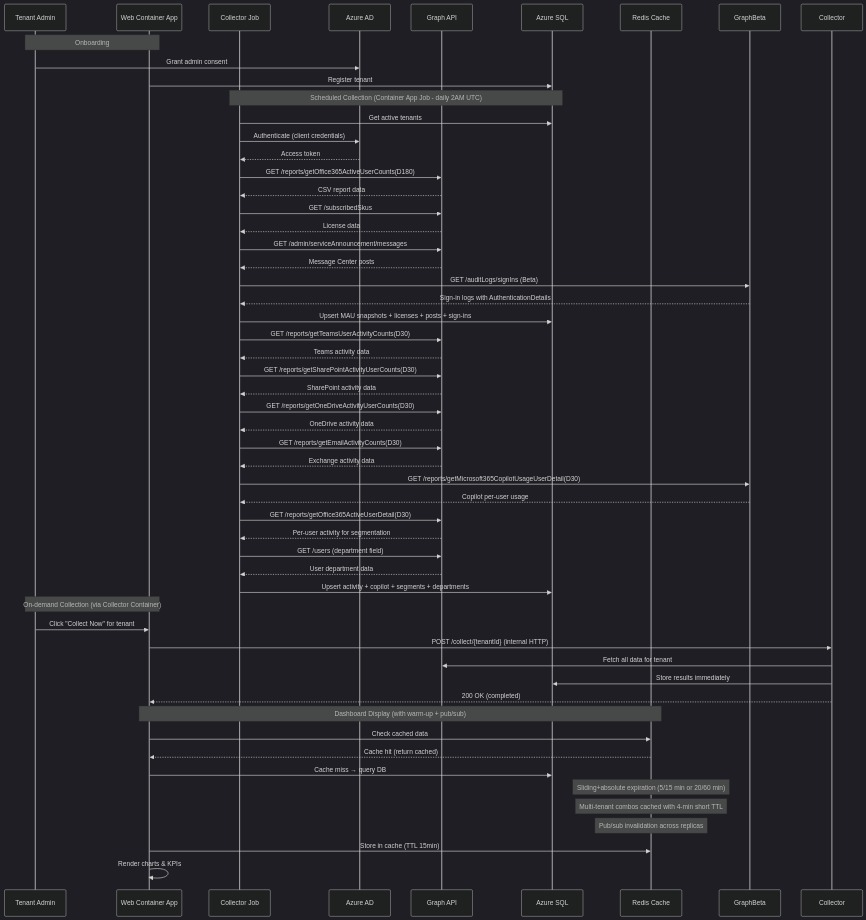
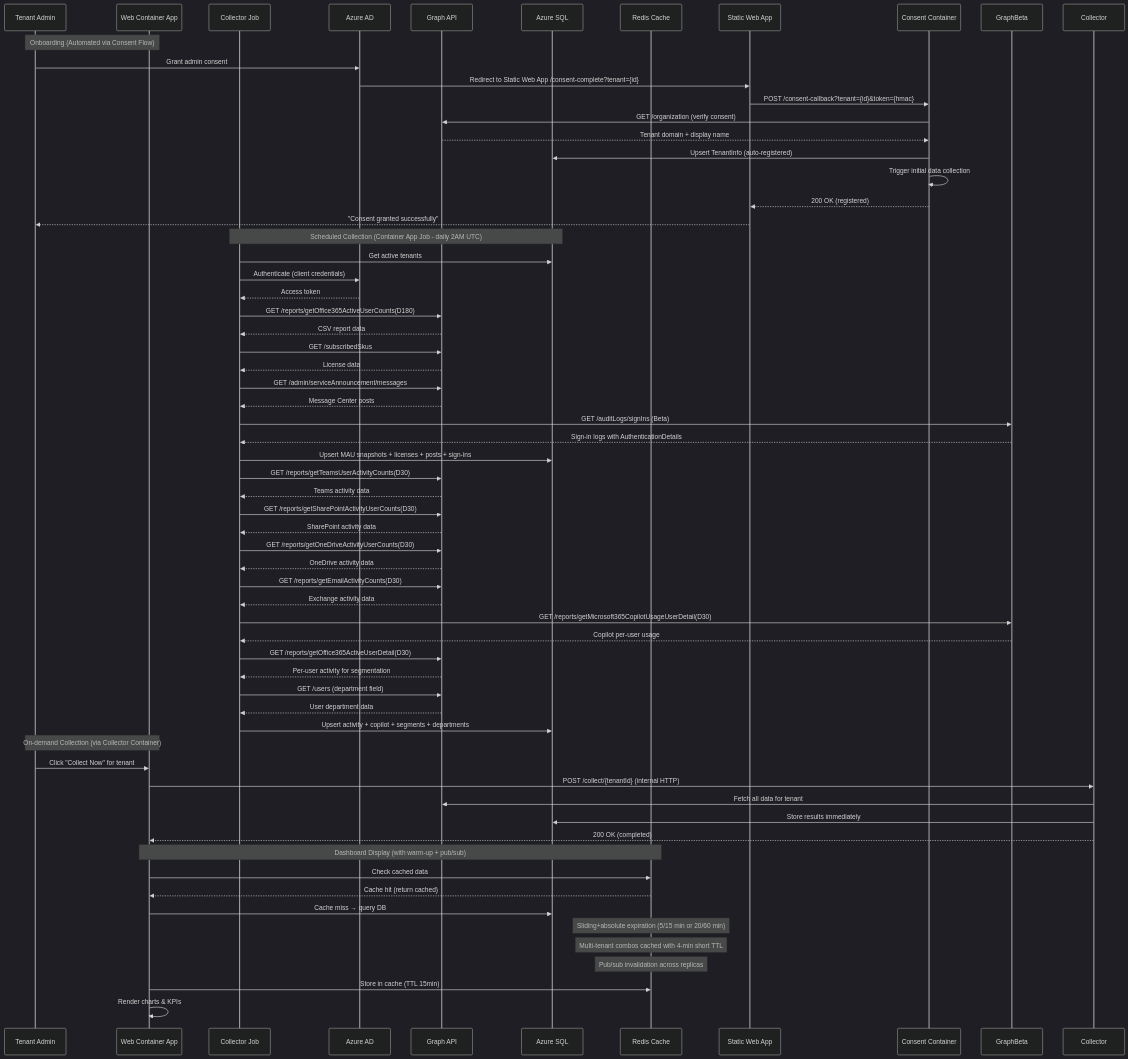
The second of 3 diagrams in docs/architecture.md (tdsnxnielsen-mikkelbach/MWDashboard), drawn with Mermaid (dark theme) before and after one commit. The commit also changed other lines of this file and 20 other files, not shown here.

First line of the commit message:
feat: Implement automated consent flow with tenant auto-registration

````diff
--- a/docs/architecture.md
+++ b/docs/architecture.md
@@ -60,60 +72,70 @@
 ```mermaid
 sequenceDiagram
     participant Admin as Tenant Admin
     participant Web as Web Container App
     participant Job as Collector Job
     participant AAD as Azure AD
     participant Graph as Graph API
     participant DB as Azure SQL
     participant Cache as Redis Cache
 
-    Note over Admin, Web: Onboarding
+    Note over Admin, Web: Onboarding (Automated via Consent Flow)
     Admin->>AAD: Grant admin consent
-    Web->>DB: Register tenant
+    AAD->>Static: Redirect to Static Web App /consent-complete?tenant={id}
+    Static->>Consent: POST /consent-callback?tenant={id}&token={hmac}
+    Consent->>Graph: GET /organization (verify consent)
+    Graph-->>Consent: Tenant domain + display name
+    Consent->>DB: Upsert TenantInfo (auto-registered)
+    Consent->>Consent: Trigger initial data collection
+    Consent-->>Static: 200 OK (registered)
+    Static-->>Admin: "Consent granted successfully"
+
+    participant Static as Static Web App
+    participant Consent as Consent Container
 
     Note over Job, DB: Scheduled Collection (Container App Job - daily 2AM UTC)
     Job->>DB: Get active tenants
     Job->>AAD: Authenticate (client credentials)
     AAD-->>Job: Access token
     Job->>Graph: GET /reports/getOffice365ActiveUserCounts(D180)
     Graph-->>Job: CSV report data
     Job->>Graph: GET /subscribedSkus
     Graph-->>Job: License data
     Job->>Graph: GET /admin/serviceAnnouncement/messages
     Graph-->>Job: Message Center posts
     Job->>GraphBeta: GET /auditLogs/signIns (Beta)
     GraphBeta-->>Job: Sign-in logs with AuthenticationDetails
     Job->>DB: Upsert MAU snapshots + licenses + posts + sign-ins
     Job->>Graph: GET /reports/getTeamsUserActivityCounts(D30)
     Graph-->>Job: Teams activity data
     Job->>Graph: GET /reports/getSharePointActivityUserCounts(D30)
     Graph-->>Job: SharePoint activity data
     Job->>Graph: GET /reports/getOneDriveActivityUserCounts(D30)
     Graph-->>Job: OneDrive activity data
     Job->>Graph: GET /reports/getEmailActivityCounts(D30)
     Graph-->>Job: Exchange activity data
     Job->>GraphBeta: GET /reports/getMicrosoft365CopilotUsageUserDetail(D30)
     GraphBeta-->>Job: Copilot per-user usage
     Job->>Graph: GET /reports/getOffice365ActiveUserDetail(D30)
     Graph-->>Job: Per-user activity for segmentation
     Job->>Graph: GET /users (department field)
     Graph-->>Job: User department data
     Job->>DB: Upsert activity + copilot + segments + departments
 
     Note over Admin, Web: On-demand Collection (via Collector Container)
     Admin->>Web: Click "Collect Now" for tenant
     Web->>Collector: POST /collect/{tenantId} (internal HTTP)
     Collector->>Graph: Fetch all data for tenant
     Collector->>DB: Store results immediately
     Collector-->>Web: 200 OK (completed)
 
     Note over Web, Cache: Dashboard Display (with warm-up + pub/sub)
     Web->>Cache: Check cached data
     Cache-->>Web: Cache hit (return cached)
     Web->>DB: Cache miss → query DB
     Note over Cache: Sliding+absolute expiration (5/15 min or 20/60 min)
     Note over Cache: Multi-tenant combos cached with 4-min short TTL
     Note over Cache: Pub/sub invalidation across replicas
     Web->>Cache: Store in cache (TTL 15min)
     Web->>Web: Render charts & KPIs
 ```
````
